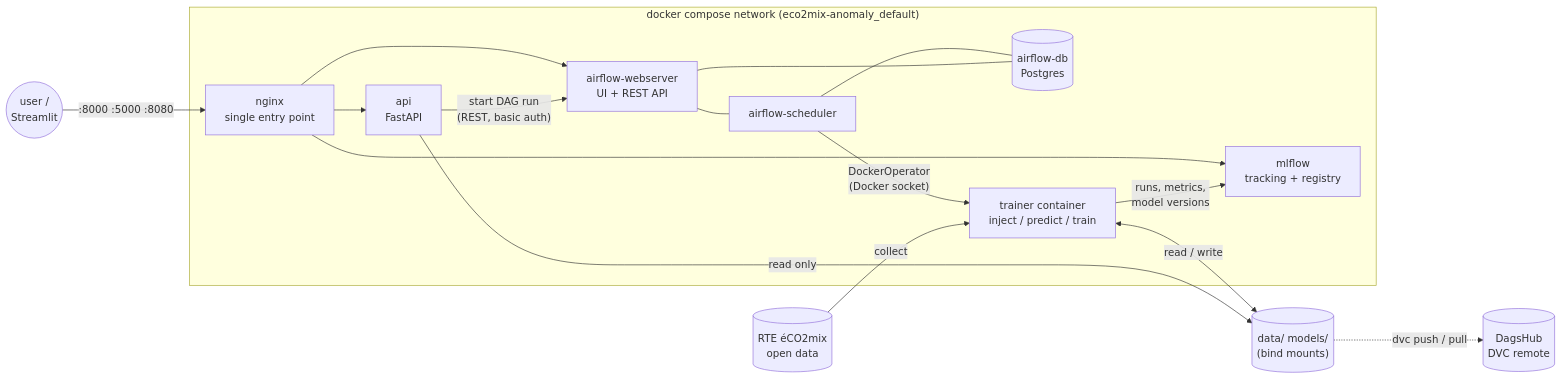
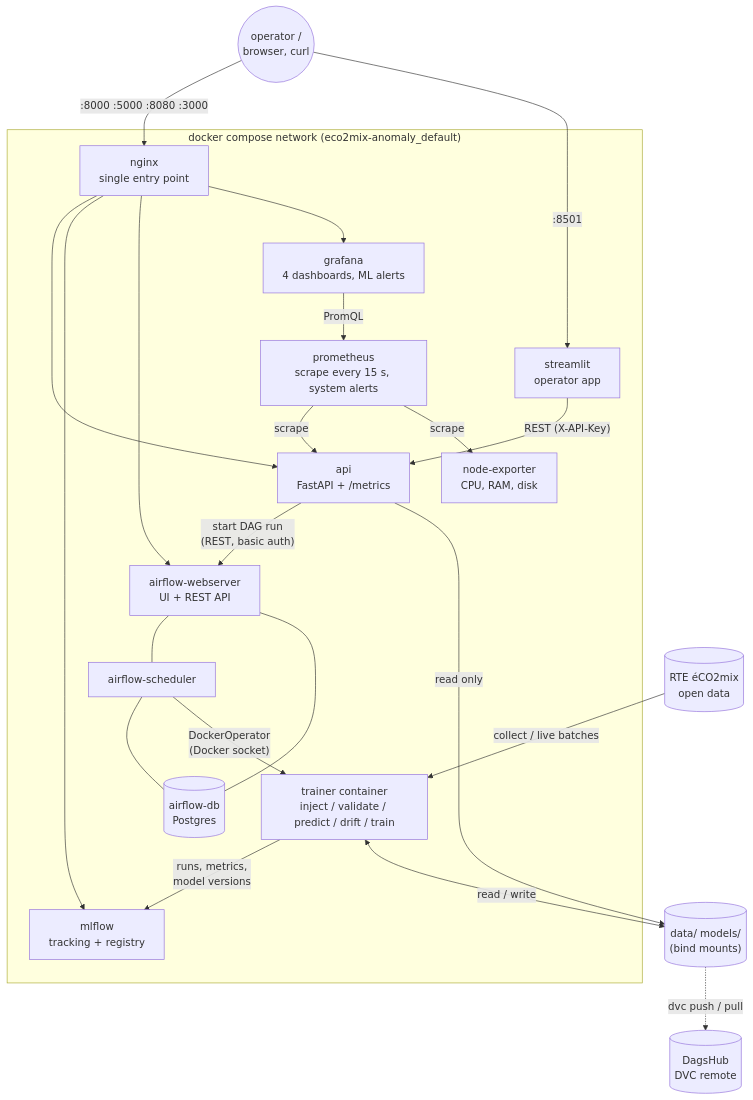
One commit to appliedmath/eco2mix-anomaly changed the first of 5 diagrams in docs/architecture.md. Above: the diagram before and after it, drawn with Mermaid. The commit also changed other lines of this file and 2 other files, not shown here.

First line of the commit message:
Makefile with short commands; architecture.md updated for Phase 4

````diff
--- a/docs/architecture.md
+++ b/docs/architecture.md
@@ -10,23 +10,30 @@
 ```mermaid
-flowchart LR
-    USER((user /<br/>Streamlit)) -->|":8000 :5000 :8080"| NGINX[nginx<br/>single entry point]
+flowchart TB
+    USER((operator /<br/>browser, curl)) -->|":8000 :5000 :8080 :3000"| NGINX[nginx<br/>single entry point]
+    USER -->|":8501"| ST[streamlit<br/>operator app]
 
     subgraph compose["docker compose network (eco2mix-anomaly_default)"]
-        NGINX --> API[api<br/>FastAPI]
+        ST -->|"REST (X-API-Key)"| API
+        NGINX --> API[api<br/>FastAPI + /metrics]
         NGINX --> MLFLOW[mlflow<br/>tracking + registry]
         NGINX --> AFW[airflow-webserver<br/>UI + REST API]
+        NGINX --> GRAF[grafana<br/>4 dashboards, ML alerts]
 
         API -->|"start DAG run<br/>(REST, basic auth)"| AFW
         AFW --- AFS[airflow-scheduler]
         AFS --- AFDB[(airflow-db<br/>Postgres)]
         AFW --- AFDB
 
-        AFS -->|"DockerOperator<br/>(Docker socket)"| JOB[trainer container<br/>inject / predict / train]
+        AFS -->|"DockerOperator<br/>(Docker socket)"| JOB[trainer container<br/>inject / validate / predict / drift / train]
         JOB -->|"runs, metrics,<br/>model versions"| MLFLOW
+
+        PROM[prometheus<br/>scrape every 15 s, system alerts] -->|scrape| API
+        PROM -->|scrape| NODE[node-exporter<br/>CPU, RAM, disk]
+        GRAF -->|PromQL| PROM
     end
 
     JOB <-->|read / write| FILES[("data/  models/<br/>(bind mounts)")]
     API -->|read only| FILES
     FILES -.->|"dvc push / pull"| DAGSHUB[(DagsHub<br/>DVC remote)]
-    RTE[(RTE éCO2mix<br/>open data)] -->|collect| JOB
+    RTE[(RTE éCO2mix<br/>open data)] -->|"collect / live batches"| JOB
 ```
````
